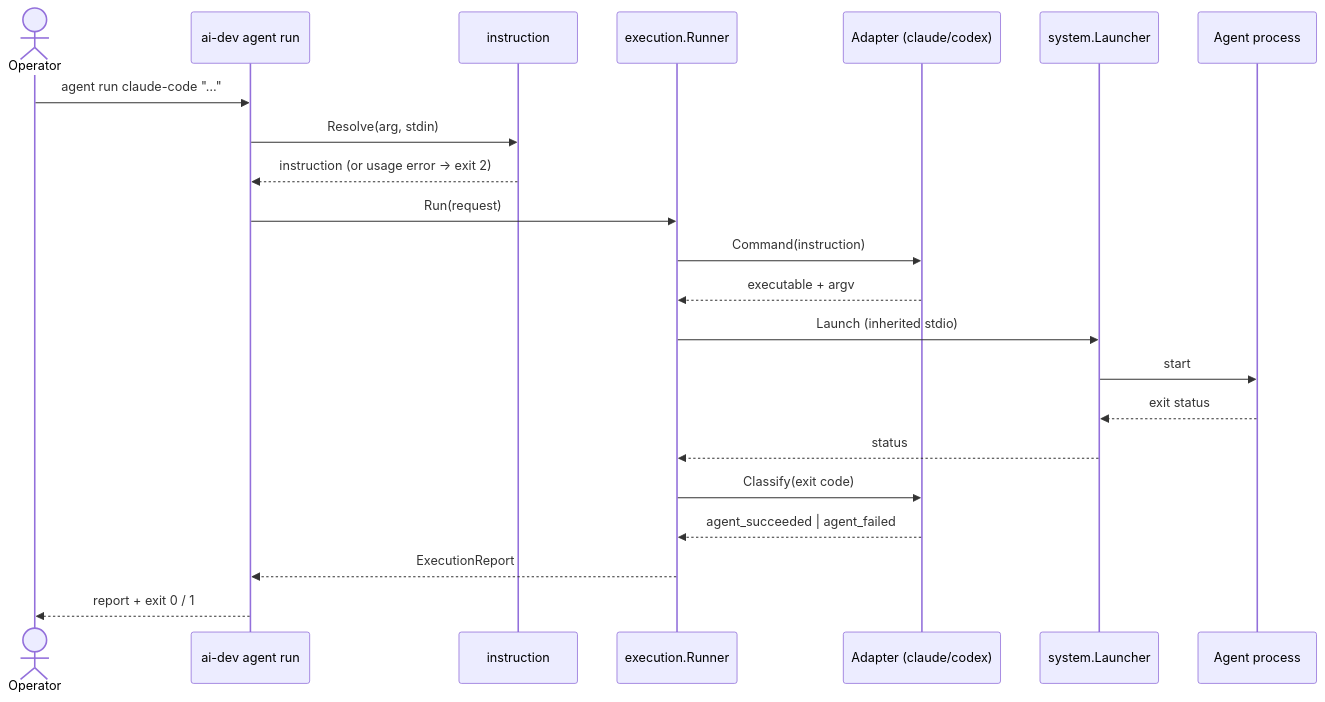
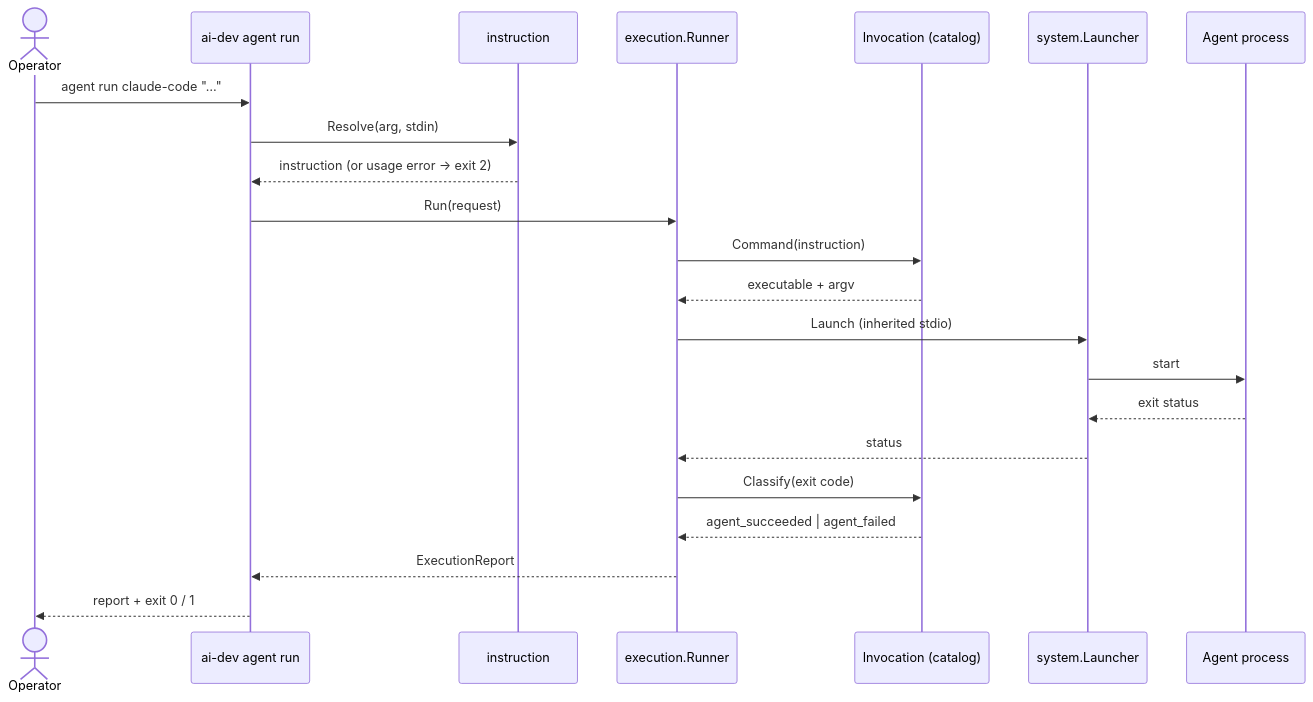
Before and after one commit to germanmunozs/ai-dev: the fourth of 15 diagrams in README.md, drawn with Mermaid. The commit also changed other lines of this file and 41 other files, not shown here.

````diff
--- a/README.md
+++ b/README.md
@@ -359,25 +366,25 @@
 ```mermaid
 sequenceDiagram
     actor U as Operator
     participant A as ai-dev agent run
     participant I as instruction
     participant R as execution.Runner
-    participant AD as Adapter (claude/codex)
+    participant AD as Invocation (catalog)
     participant L as system.Launcher
     participant P as Agent process
 
     U->>A: agent run claude-code "…"
     A->>I: Resolve(arg, stdin)
     I-->>A: instruction (or usage error → exit 2)
     A->>R: Run(request)
     R->>AD: Command(instruction)
     AD-->>R: executable + argv
     R->>L: Launch (inherited stdio)
     L->>P: start
     P-->>L: exit status
     L-->>R: status
     R->>AD: Classify(exit code)
     AD-->>R: agent_succeeded | agent_failed
     R-->>A: ExecutionReport
     A-->>U: report + exit 0 / 1
 ```
````
